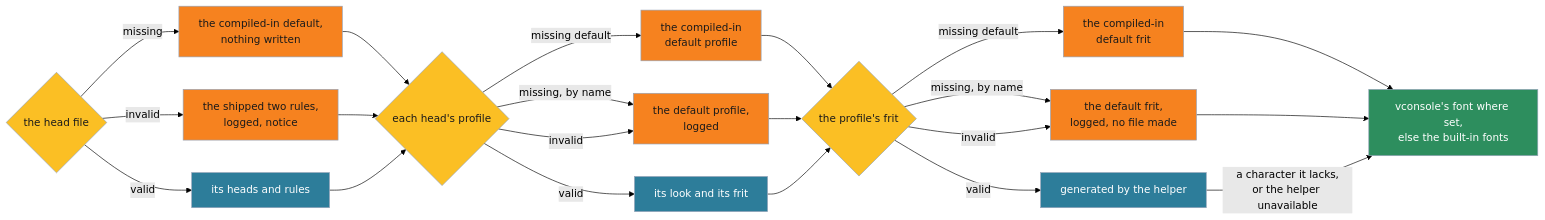
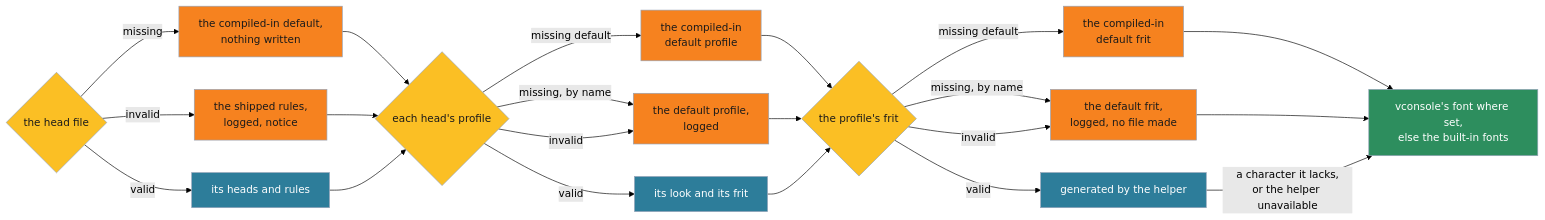
Before and after one commit to vtium/vtium: the third of 5 diagrams in docs/architecture/platform/ADR-1401-heads-a-terminal-per-physical-display-placed-by-a-first-match-ruleset.md, drawn with Mermaid (forest theme). The commit also changed other lines of this file and 6 other files, not shown here.

````diff
--- a/docs/architecture/platform/ADR-1401-heads-a-terminal-per-physical-display-placed-by-a-first-match-ruleset.md
+++ b/docs/architecture/platform/ADR-1401-heads-a-terminal-per-physical-display-placed-by-a-first-match-ruleset.md
@@ -336,31 +344,31 @@
 ```mermaid
 flowchart LR
     HF{"the head file"} -->|"missing"| HFI["the compiled-in default,<br>nothing written"]
-    HF -->|"invalid"| HFS["the shipped two rules,<br>logged, notice"]
+    HF -->|"invalid"| HFS["the shipped rules,<br>logged, notice"]
     HF -->|"valid"| HFV["its heads and rules"]
     HFI --> PR
     HFS --> PR
     HFV --> PR{"each head's profile"}
     PR -->|"missing default"| PRI["the compiled-in<br>default profile"]
     PR -->|"missing, by name"| PRD["the default profile,<br>logged"]
     PR -->|"invalid"| PRD
     PR -->|"valid"| PRV["its look and its frit"]
     PRI --> FR
     PRD --> FR
     PRV --> FR{"the profile's frit"}
     FR -->|"missing default"| FRI["the compiled-in<br>default frit"]
     FR -->|"missing, by name"| FRD["the default frit,<br>logged, no file made"]
     FR -->|"invalid"| FRD
     FR -->|"valid"| FRV["generated by the helper"]
     FRI --> BI
     FRD --> BI["vconsole's font where set,<br>else the built-in fonts"]
     FRV -->|"a character it lacks,<br>or the helper unavailable"| BI
     classDef check fill:#fbbf24,color:#1a1a1a,stroke:#94a3b8
     classDef step fill:#2d7d9a,color:#ffffff,stroke:#94a3b8
     classDef fall fill:#f6821f,color:#1a1a1a,stroke:#94a3b8
     classDef done fill:#2d8e5e,color:#ffffff,stroke:#94a3b8
     class HF,PR,FR check
     class HFV,PRV,FRV step
     class HFI,HFS,PRI,PRD,FRI,FRD fall
     class BI done
 ```
````
